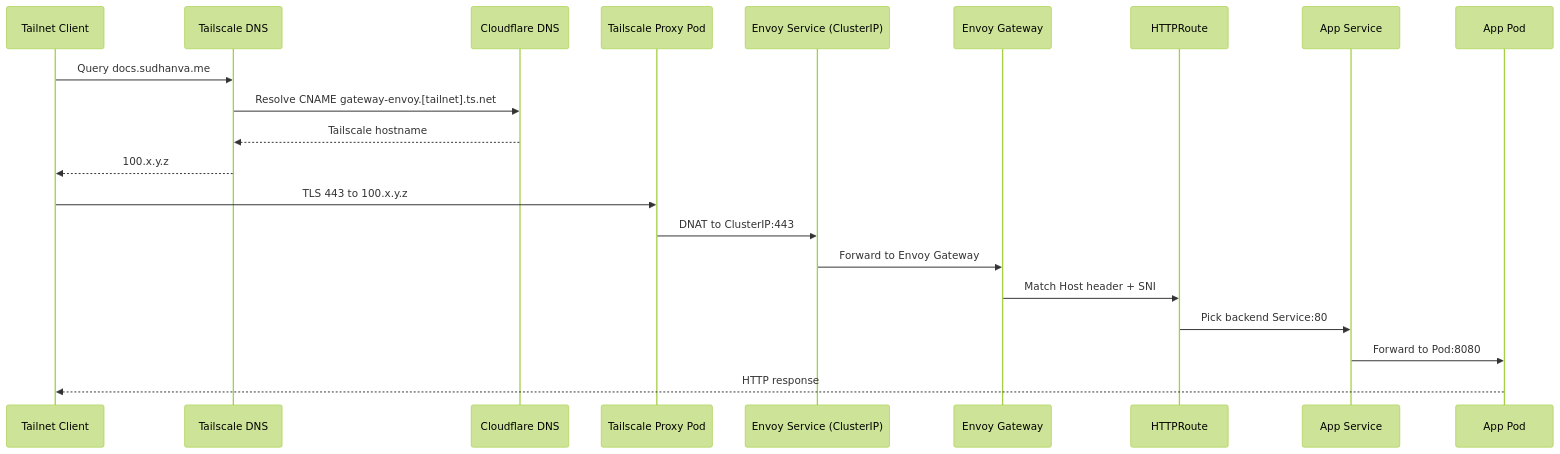
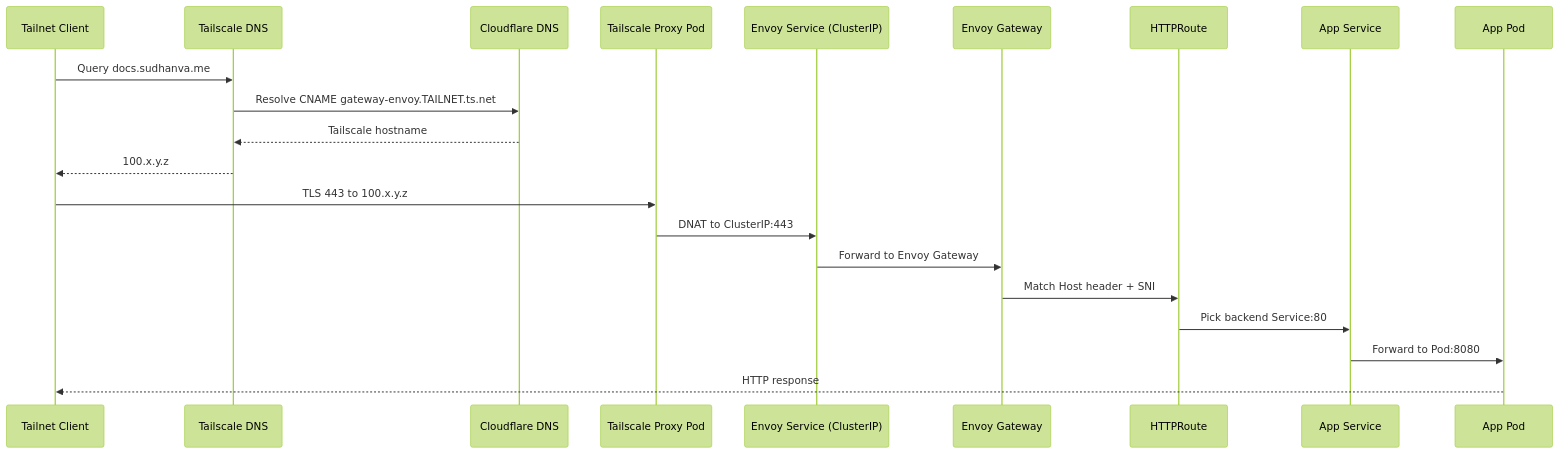
One commit to nsudhanva/homelab changed the second of 3 diagrams in docs/docs/explanation/gateway-networking.md. Above: the diagram before and after it, drawn with Mermaid (forest theme). The commit also changed other lines of this file and 2 other files, not shown here.

````diff
--- a/docs/docs/explanation/gateway-networking.md
+++ b/docs/docs/explanation/gateway-networking.md
@@ -44,24 +44,24 @@
 ```mermaid
 sequenceDiagram
     participant Client as Tailnet Client
     participant TSdns as Tailscale DNS
     participant CF as Cloudflare DNS
     participant TS as Tailscale Proxy Pod
     participant Svc as Envoy Service (ClusterIP)
     participant Envoy as Envoy Gateway
     participant Route as HTTPRoute
     participant AppSvc as App Service
     participant Pod as App Pod
 
     Client->>TSdns: Query docs.sudhanva.me
-    TSdns->>CF: Resolve CNAME gateway-envoy.[tailnet].ts.net
+    TSdns->>CF: Resolve CNAME gateway-envoy.TAILNET.ts.net
     CF-->>TSdns: Tailscale hostname
     TSdns-->>Client: 100.x.y.z
     Client->>TS: TLS 443 to 100.x.y.z
     TS->>Svc: DNAT to ClusterIP:443
     Svc->>Envoy: Forward to Envoy Gateway
     Envoy->>Route: Match Host header + SNI
     Route->>AppSvc: Pick backend Service:80
     AppSvc->>Pod: Forward to Pod:8080
     Pod-->>Client: HTTP response
 ```
````
